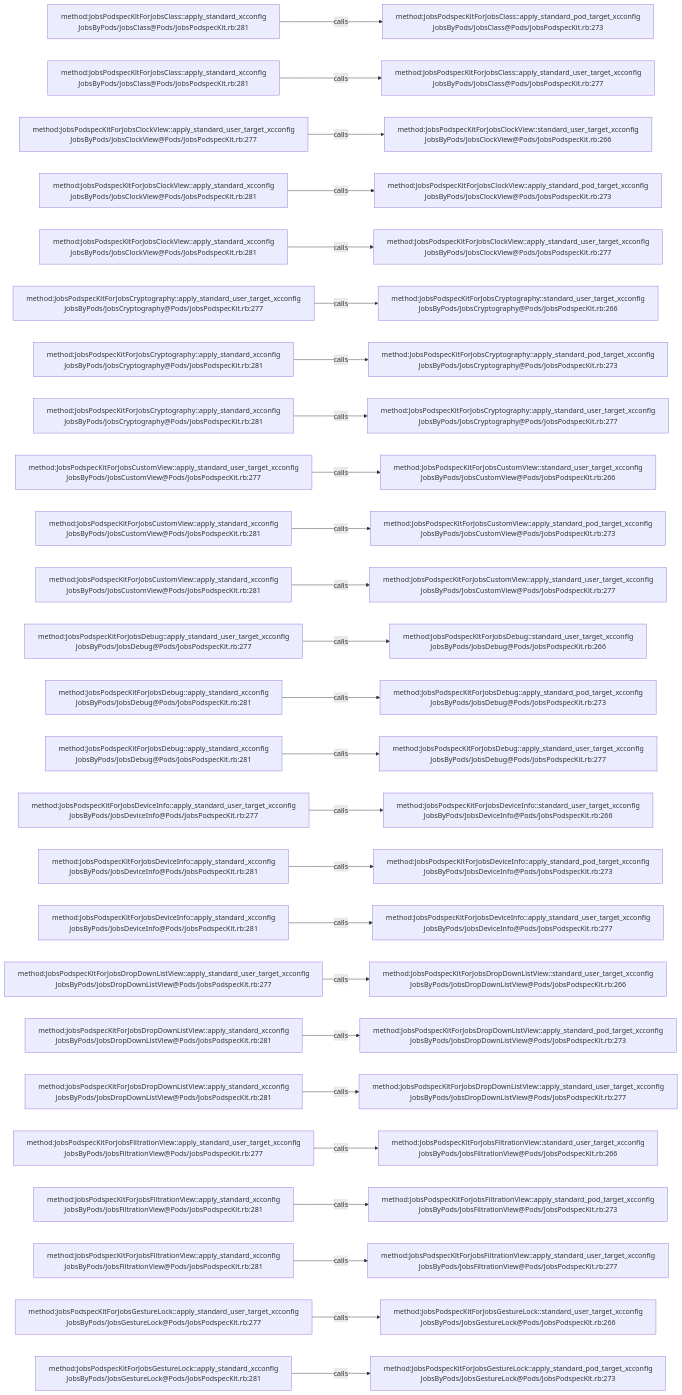
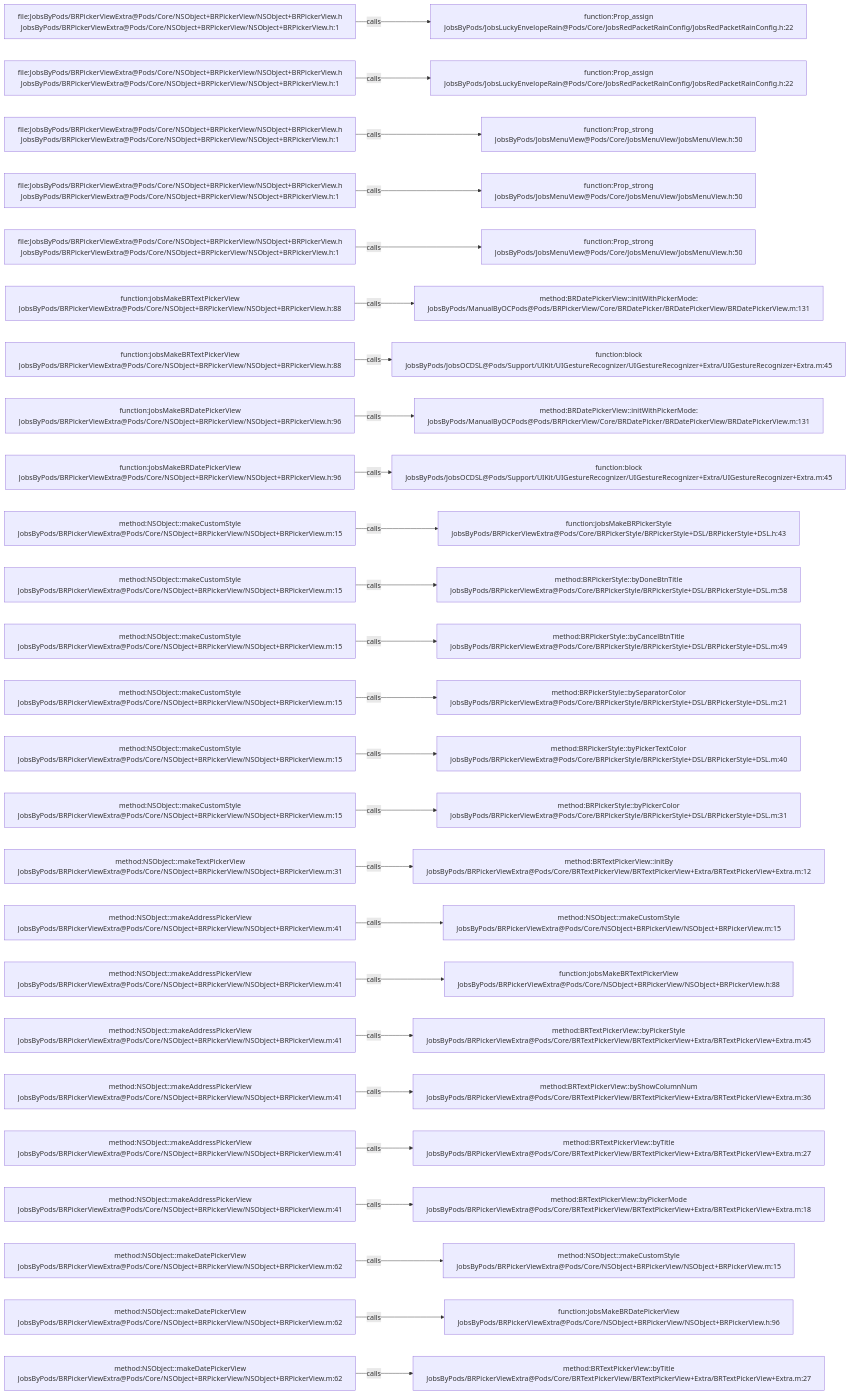
One commit to JobsKits/JobsOCBaseConfigDemo changed the diagram in .codegraph/codegraph.md/graphs/calls-002.md. Above: the diagram before and after it, drawn with Mermaid. The commit also changed 768 other files, not shown here.

````diff
--- a/.codegraph/codegraph.md/graphs/calls-002.md
+++ b/.codegraph/codegraph.md/graphs/calls-002.md
@@ -13,78 +13,78 @@
 ```mermaid
 flowchart LR
-  S1["method:JobsPodspecKitForJobsClass::apply_standard_xcconfig<br/>JobsByPods/JobsClass@Pods/JobsPodspecKit.rb:281"]
-  T1["method:JobsPodspecKitForJobsClass::apply_standard_pod_target_xcconfig<br/>JobsByPods/JobsClass@Pods/JobsPodspecKit.rb:273"]
+  S1["file:JobsByPods/BRPickerViewExtra@Pods/Core/NSObject+BRPickerView/NSObject+BRPickerView.h<br/>JobsByPods/BRPickerViewExtra@Pods/Core/NSObject+BRPickerView/NSObject+BRPickerView.h:1"]
+  T1["function:Prop_assign<br/>JobsByPods/JobsLuckyEnvelopeRain@Pods/Core/JobsRedPacketRainConfig/JobsRedPacketRainConfig.h:22"]
   S1 -->|calls| T1
-  S2["method:JobsPodspecKitForJobsClass::apply_standard_xcconfig<br/>JobsByPods/JobsClass@Pods/JobsPodspecKit.rb:281"]
-  T2["method:JobsPodspecKitForJobsClass::apply_standard_user_target_xcconfig<br/>JobsByPods/JobsClass@Pods/JobsPodspecKit.rb:277"]
+  S2["file:JobsByPods/BRPickerViewExtra@Pods/Core/NSObject+BRPickerView/NSObject+BRPickerView.h<br/>JobsByPods/BRPickerViewExtra@Pods/Core/NSObject+BRPickerView/NSObject+BRPickerView.h:1"]
+  T2["function:Prop_assign<br/>JobsByPods/JobsLuckyEnvelopeRain@Pods/Core/JobsRedPacketRainConfig/JobsRedPacketRainConfig.h:22"]
   S2 -->|calls| T2
-  S3["method:JobsPodspecKitForJobsClockView::apply_standard_user_target_xcconfig<br/>JobsByPods/JobsClockView@Pods/JobsPodspecKit.rb:277"]
-  T3["method:JobsPodspecKitForJobsClockView::standard_user_target_xcconfig<br/>JobsByPods/JobsClockView@Pods/JobsPodspecKit.rb:266"]
+  S3["file:JobsByPods/BRPickerViewExtra@Pods/Core/NSObject+BRPickerView/NSObject+BRPickerView.h<br/>JobsByPods/BRPickerViewExtra@Pods/Core/NSObject+BRPickerView/NSObject+BRPickerView.h:1"]
+  T3["function:Prop_strong<br/>JobsByPods/JobsMenuView@Pods/Core/JobsMenuView/JobsMenuView.h:50"]
   S3 -->|calls| T3
-  S4["method:JobsPodspecKitForJobsClockView::apply_standard_xcconfig<br/>JobsByPods/JobsClockView@Pods/JobsPodspecKit.rb:281"]
-  T4["method:JobsPodspecKitForJobsClockView::apply_standard_pod_target_xcconfig<br/>JobsByPods/JobsClockView@Pods/JobsPodspecKit.rb:273"]
+  S4["file:JobsByPods/BRPickerViewExtra@Pods/Core/NSObject+BRPickerView/NSObject+BRPickerView.h<br/>JobsByPods/BRPickerViewExtra@Pods/Core/NSObject+BRPickerView/NSObject+BRPickerView.h:1"]
+  T4["function:Prop_strong<br/>JobsByPods/JobsMenuView@Pods/Core/JobsMenuView/JobsMenuView.h:50"]
   S4 -->|calls| T4
-  S5["method:JobsPodspecKitForJobsClockView::apply_standard_xcconfig<br/>JobsByPods/JobsClockView@Pods/JobsPodspecKit.rb:281"]
-  T5["method:JobsPodspecKitForJobsClockView::apply_standard_user_target_xcconfig<br/>JobsByPods/JobsClockView@Pods/JobsPodspecKit.rb:277"]
+  S5["file:JobsByPods/BRPickerViewExtra@Pods/Core/NSObject+BRPickerView/NSObject+BRPickerView.h<br/>JobsByPods/BRPickerViewExtra@Pods/Core/NSObject+BRPickerView/NSObject+BRPickerView.h:1"]
+  T5["function:Prop_strong<br/>JobsByPods/JobsMenuView@Pods/Core/JobsMenuView/JobsMenuView.h:50"]
   S5 -->|calls| T5
-  S6["method:JobsPodspecKitForJobsCryptography::apply_standard_user_target_xcconfig<br/>JobsByPods/JobsCryptography@Pods/JobsPodspecKit.rb:277"]
-  T6["method:JobsPodspecKitForJobsCryptography::standard_user_target_xcconfig<br/>JobsByPods/JobsCryptography@Pods/JobsPodspecKit.rb:266"]
+  S6["function:jobsMakeBRTextPickerView<br/>JobsByPods/BRPickerViewExtra@Pods/Core/NSObject+BRPickerView/NSObject+BRPickerView.h:88"]
+  T6["method:BRDatePickerView::initWithPickerMode:<br/>JobsByPods/ManualByOCPods@Pods/BRPickerView/Core/BRDatePicker/BRDatePickerView/BRDatePickerView.m:131"]
   S6 -->|calls| T6
-  S7["method:JobsPodspecKitForJobsCryptography::apply_standard_xcconfig<br/>JobsByPods/JobsCryptography@Pods/JobsPodspecKit.rb:281"]
-  T7["method:JobsPodspecKitForJobsCryptography::apply_standard_pod_target_xcconfig<br/>JobsByPods/JobsCryptography@Pods/JobsPodspecKit.rb:273"]
+  S7["function:jobsMakeBRTextPickerView<br/>JobsByPods/BRPickerViewExtra@Pods/Core/NSObject+BRPickerView/NSObject+BRPickerView.h:88"]
+  T7["function:block<br/>JobsByPods/JobsOCDSL@Pods/Support/UIKit/UIGestureRecognizer/UIGestureRecognizer+Extra/UIGestureRecognizer+Extra.m:45"]
   S7 -->|calls| T7
-  S8["method:JobsPodspecKitForJobsCryptography::apply_standard_xcconfig<br/>JobsByPods/JobsCryptography@Pods/JobsPodspecKit.rb:281"]
-  T8["method:JobsPodspecKitForJobsCryptography::apply_standard_user_target_xcconfig<br/>JobsByPods/JobsCryptography@Pods/JobsPodspecKit.rb:277"]
+  S8["function:jobsMakeBRDatePickerView<br/>JobsByPods/BRPickerViewExtra@Pods/Core/NSObject+BRPickerView/NSObject+BRPickerView.h:96"]
+  T8["method:BRDatePickerView::initWithPickerMode:<br/>JobsByPods/ManualByOCPods@Pods/BRPickerView/Core/BRDatePicker/BRDatePickerView/BRDatePickerView.m:131"]
   S8 -->|calls| T8
-  S9["method:JobsPodspecKitForJobsCustomView::apply_standard_user_target_xcconfig<br/>JobsByPods/JobsCustomView@Pods/JobsPodspecKit.rb:277"]
-  T9["method:JobsPodspecKitForJobsCustomView::standard_user_target_xcconfig<br/>JobsByPods/JobsCustomView@Pods/JobsPodspecKit.rb:266"]
+  S9["function:jobsMakeBRDatePickerView<br/>JobsByPods/BRPickerViewExtra@Pods/Core/NSObject+BRPickerView/NSObject+BRPickerView.h:96"]
+  T9["function:block<br/>JobsByPods/JobsOCDSL@Pods/Support/UIKit/UIGestureRecognizer/UIGestureRecognizer+Extra/UIGestureRecognizer+Extra.m:45"]
   S9 -->|calls| T9
-  S10["method:JobsPodspecKitForJobsCustomView::apply_standard_xcconfig<br/>JobsByPods/JobsCustomView@Pods/JobsPodspecKit.rb:281"]
-  T10["method:JobsPodspecKitForJobsCustomView::apply_standard_pod_target_xcconfig<br/>JobsByPods/JobsCustomView@Pods/JobsPodspecKit.rb:273"]
+  S10["method:NSObject::makeCustomStyle<br/>JobsByPods/BRPickerViewExtra@Pods/Core/NSObject+BRPickerView/NSObject+BRPickerView.m:15"]
+  T10["function:jobsMakeBRPickerStyle<br/>JobsByPods/BRPickerViewExtra@Pods/Core/BRPickerStyle/BRPickerStyle+DSL/BRPickerStyle+DSL.h:43"]
   S10 -->|calls| T10
-  S11["method:JobsPodspecKitForJobsCustomView::apply_standard_xcconfig<br/>JobsByPods/JobsCustomView@Pods/JobsPodspecKit.rb:281"]
-  T11["method:JobsPodspecKitForJobsCustomView::apply_standard_user_target_xcconfig<br/>JobsByPods/JobsCustomView@Pods/JobsPodspecKit.rb:277"]
+  S11["method:NSObject::makeCustomStyle<br/>JobsByPods/BRPickerViewExtra@Pods/Core/NSObject+BRPickerView/NSObject+BRPickerView.m:15"]
+  T11["method:BRPickerStyle::byDoneBtnTitle<br/>JobsByPods/BRPickerViewExtra@Pods/Core/BRPickerStyle/BRPickerStyle+DSL/BRPickerStyle+DSL.m:58"]
   S11 -->|calls| T11
-  S12["method:JobsPodspecKitForJobsDebug::apply_standard_user_target_xcconfig<br/>JobsByPods/JobsDebug@Pods/JobsPodspecKit.rb:277"]
-  T12["method:JobsPodspecKitForJobsDebug::standard_user_target_xcconfig<br/>JobsByPods/JobsDebug@Pods/JobsPodspecKit.rb:266"]
+  S12["method:NSObject::makeCustomStyle<br/>JobsByPods/BRPickerViewExtra@Pods/Core/NSObject+BRPickerView/NSObject+BRPickerView.m:15"]
+  T12["method:BRPickerStyle::byCancelBtnTitle<br/>JobsByPods/BRPickerViewExtra@Pods/Core/BRPickerStyle/BRPickerStyle+DSL/BRPickerStyle+DSL.m:49"]
   S12 -->|calls| T12
-  S13["method:JobsPodspecKitForJobsDebug::apply_standard_xcconfig<br/>JobsByPods/JobsDebug@Pods/JobsPodspecKit.rb:281"]
-  T13["method:JobsPodspecKitForJobsDebug::apply_standard_pod_target_xcconfig<br/>JobsByPods/JobsDebug@Pods/JobsPodspecKit.rb:273"]
+  S13["method:NSObject::makeCustomStyle<br/>JobsByPods/BRPickerViewExtra@Pods/Core/NSObject+BRPickerView/NSObject+BRPickerView.m:15"]
+  T13["method:BRPickerStyle::bySeparatorColor<br/>JobsByPods/BRPickerViewExtra@Pods/Core/BRPickerStyle/BRPickerStyle+DSL/BRPickerStyle+DSL.m:21"]
   S13 -->|calls| T13
-  S14["method:JobsPodspecKitForJobsDebug::apply_standard_xcconfig<br/>JobsByPods/JobsDebug@Pods/JobsPodspecKit.rb:281"]
-  T14["method:JobsPodspecKitForJobsDebug::apply_standard_user_target_xcconfig<br/>JobsByPods/JobsDebug@Pods/JobsPodspecKit.rb:277"]
+  S14["method:NSObject::makeCustomStyle<br/>JobsByPods/BRPickerViewExtra@Pods/Core/NSObject+BRPickerView/NSObject+BRPickerView.m:15"]
+  T14["method:BRPickerStyle::byPickerTextColor<br/>JobsByPods/BRPickerViewExtra@Pods/Core/BRPickerStyle/BRPickerStyle+DSL/BRPickerStyle+DSL.m:40"]
   S14 -->|calls| T14
-  S15["method:JobsPodspecKitForJobsDeviceInfo::apply_standard_user_target_xcconfig<br/>JobsByPods/JobsDeviceInfo@Pods/JobsPodspecKit.rb:277"]
-  T15["method:JobsPodspecKitForJobsDeviceInfo::standard_user_target_xcconfig<br/>JobsByPods/JobsDeviceInfo@Pods/JobsPodspecKit.rb:266"]
+  S15["method:NSObject::makeCustomStyle<br/>JobsByPods/BRPickerViewExtra@Pods/Core/NSObject+BRPickerView/NSObject+BRPickerView.m:15"]
+  T15["method:BRPickerStyle::byPickerColor<br/>JobsByPods/BRPickerViewExtra@Pods/Core/BRPickerStyle/BRPickerStyle+DSL/BRPickerStyle+DSL.m:31"]
   S15 -->|calls| T15
-  S16["method:JobsPodspecKitForJobsDeviceInfo::apply_standard_xcconfig<br/>JobsByPods/JobsDeviceInfo@Pods/JobsPodspecKit.rb:281"]
-  T16["method:JobsPodspecKitForJobsDeviceInfo::apply_standard_pod_target_xcconfig<br/>JobsByPods/JobsDeviceInfo@Pods/JobsPodspecKit.rb:273"]
+  S16["method:NSObject::makeTextPickerView<br/>JobsByPods/BRPickerViewExtra@Pods/Core/NSObject+BRPickerView/NSObject+BRPickerView.m:31"]
+  T16["method:BRTextPickerView::initBy<br/>JobsByPods/BRPickerViewExtra@Pods/Core/BRTextPickerView/BRTextPickerView+Extra/BRTextPickerView+Extra.m:12"]
   S16 -->|calls| T16
-  S17["method:JobsPodspecKitForJobsDeviceInfo::apply_standard_xcconfig<br/>JobsByPods/JobsDeviceInfo@Pods/JobsPodspecKit.rb:281"]
-  T17["method:JobsPodspecKitForJobsDeviceInfo::apply_standard_user_target_xcconfig<br/>JobsByPods/JobsDeviceInfo@Pods/JobsPodspecKit.rb:277"]
+  S17["method:NSObject::makeAddressPickerView<br/>JobsByPods/BRPickerViewExtra@Pods/Core/NSObject+BRPickerView/NSObject+BRPickerView.m:41"]
+  T17["method:NSObject::makeCustomStyle<br/>JobsByPods/BRPickerViewExtra@Pods/Core/NSObject+BRPickerView/NSObject+BRPickerView.m:15"]
   S17 -->|calls| T17
-  S18["method:JobsPodspecKitForJobsDropDownListView::apply_standard_user_target_xcconfig<br/>JobsByPods/JobsDropDownListView@Pods/JobsPodspecKit.rb:277"]
-  T18["method:JobsPodspecKitForJobsDropDownListView::standard_user_target_xcconfig<br/>JobsByPods/JobsDropDownListView@Pods/JobsPodspecKit.rb:266"]
+  S18["method:NSObject::makeAddressPickerView<br/>JobsByPods/BRPickerViewExtra@Pods/Core/NSObject+BRPickerView/NSObject+BRPickerView.m:41"]
+  T18["function:jobsMakeBRTextPickerView<br/>JobsByPods/BRPickerViewExtra@Pods/Core/NSObject+BRPickerView/NSObject+BRPickerView.h:88"]
   S18 -->|calls| T18
-  S19["method:JobsPodspecKitForJobsDropDownListView::apply_standard_xcconfig<br/>JobsByPods/JobsDropDownListView@Pods/JobsPodspecKit.rb:281"]
-  T19["method:JobsPodspecKitForJobsDropDownListView::apply_standard_pod_target_xcconfig<br/>JobsByPods/JobsDropDownListView@Pods/JobsPodspecKit.rb:273"]
+  S19["method:NSObject::makeAddressPickerView<br/>JobsByPods/BRPickerViewExtra@Pods/Core/NSObject+BRPickerView/NSObject+BRPickerView.m:41"]
+  T19["method:BRTextPickerView::byPickerStyle<br/>JobsByPods/BRPickerViewExtra@Pods/Core/BRTextPickerView/BRTextPickerView+Extra/BRTextPickerView+Extra.m:45"]
   S19 -->|calls| T19
-  S20["method:JobsPodspecKitForJobsDropDownListView::apply_standard_xcconfig<br/>JobsByPods/JobsDropDownListView@Pods/JobsPodspecKit.rb:281"]
-  T20["method:JobsPodspecKitForJobsDropDownListView::apply_standard_user_target_xcconfig<br/>JobsByPods/JobsDropDownListView@Pods/JobsPodspecKit.rb:277"]
+  S20["method:NSObject::makeAddressPickerView<br/>JobsByPods/BRPickerViewExtra@Pods/Core/NSObject+BRPickerView/NSObject+BRPickerView.m:41"]
+  T20["method:BRTextPickerView::byShowColumnNum<br/>JobsByPods/BRPickerViewExtra@Pods/Core/BRTextPickerView/BRTextPickerView+Extra/BRTextPickerView+Extra.m:36"]
   S20 -->|calls| T20
-  S21["method:JobsPodspecKitForJobsFiltrationView::apply_standard_user_target_xcconfig<br/>JobsByPods/JobsFiltrationView@Pods/JobsPodspecKit.rb:277"]
-  T21["method:JobsPodspecKitForJobsFiltrationView::standard_user_target_xcconfig<br/>JobsByPods/JobsFiltrationView@Pods/JobsPodspecKit.rb:266"]
+  S21["method:NSObject::makeAddressPickerView<br/>JobsByPods/BRPickerViewExtra@Pods/Core/NSObject+BRPickerView/NSObject+BRPickerView.m:41"]
+  T21["method:BRTextPickerView::byTitle<br/>JobsByPods/BRPickerViewExtra@Pods/Core/BRTextPickerView/BRTextPickerView+Extra/BRTextPickerView+Extra.m:27"]
   S21 -->|calls| T21
-  S22["method:JobsPodspecKitForJobsFiltrationView::apply_standard_xcconfig<br/>JobsByPods/JobsFiltrationView@Pods/JobsPodspecKit.rb:281"]
-  T22["method:JobsPodspecKitForJobsFiltrationView::apply_standard_pod_target_xcconfig<br/>JobsByPods/JobsFiltrationView@Pods/JobsPodspecKit.rb:273"]
+  S22["method:NSObject::makeAddressPickerView<br/>JobsByPods/BRPickerViewExtra@Pods/Core/NSObject+BRPickerView/NSObject+BRPickerView.m:41"]
+  T22["method:BRTextPickerView::byPickerMode<br/>JobsByPods/BRPickerViewExtra@Pods/Core/BRTextPickerView/BRTextPickerView+Extra/BRTextPickerView+Extra.m:18"]
   S22 -->|calls| T22
-  S23["method:JobsPodspecKitForJobsFiltrationView::apply_standard_xcconfig<br/>JobsByPods/JobsFiltrationView@Pods/JobsPodspecKit.rb:281"]
-  T23["method:JobsPodspecKitForJobsFiltrationView::apply_standard_user_target_xcconfig<br/>JobsByPods/JobsFiltrationView@Pods/JobsPodspecKit.rb:277"]
+  S23["method:NSObject::makeDatePickerView<br/>JobsByPods/BRPickerViewExtra@Pods/Core/NSObject+BRPickerView/NSObject+BRPickerView.m:62"]
+  T23["method:NSObject::makeCustomStyle<br/>JobsByPods/BRPickerViewExtra@Pods/Core/NSObject+BRPickerView/NSObject+BRPickerView.m:15"]
   S23 -->|calls| T23
-  S24["method:JobsPodspecKitForJobsGestureLock::apply_standard_user_target_xcconfig<br/>JobsByPods/JobsGestureLock@Pods/JobsPodspecKit.rb:277"]
-  T24["method:JobsPodspecKitForJobsGestureLock::standard_user_target_xcconfig<br/>JobsByPods/JobsGestureLock@Pods/JobsPodspecKit.rb:266"]
+  S24["method:NSObject::makeDatePickerView<br/>JobsByPods/BRPickerViewExtra@Pods/Core/NSObject+BRPickerView/NSObject+BRPickerView.m:62"]
+  T24["function:jobsMakeBRDatePickerView<br/>JobsByPods/BRPickerViewExtra@Pods/Core/NSObject+BRPickerView/NSObject+BRPickerView.h:96"]
   S24 -->|calls| T24
-  S25["method:JobsPodspecKitForJobsGestureLock::apply_standard_xcconfig<br/>JobsByPods/JobsGestureLock@Pods/JobsPodspecKit.rb:281"]
-  T25["method:JobsPodspecKitForJobsGestureLock::apply_standard_pod_target_xcconfig<br/>JobsByPods/JobsGestureLock@Pods/JobsPodspecKit.rb:273"]
+  S25["method:NSObject::makeDatePickerView<br/>JobsByPods/BRPickerViewExtra@Pods/Core/NSObject+BRPickerView/NSObject+BRPickerView.m:62"]
+  T25["method:BRTextPickerView::byTitle<br/>JobsByPods/BRPickerViewExtra@Pods/Core/BRTextPickerView/BRTextPickerView+Extra/BRTextPickerView+Extra.m:27"]
   S25 -->|calls| T25
 ```
````
